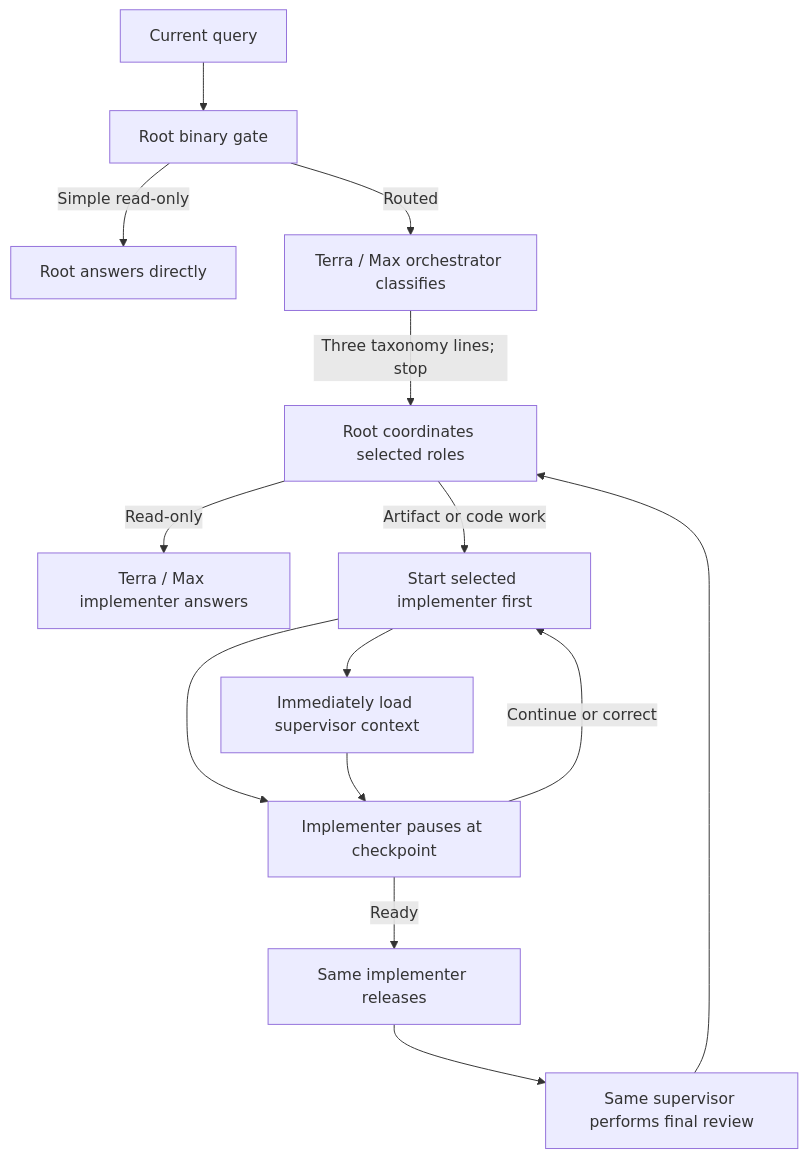
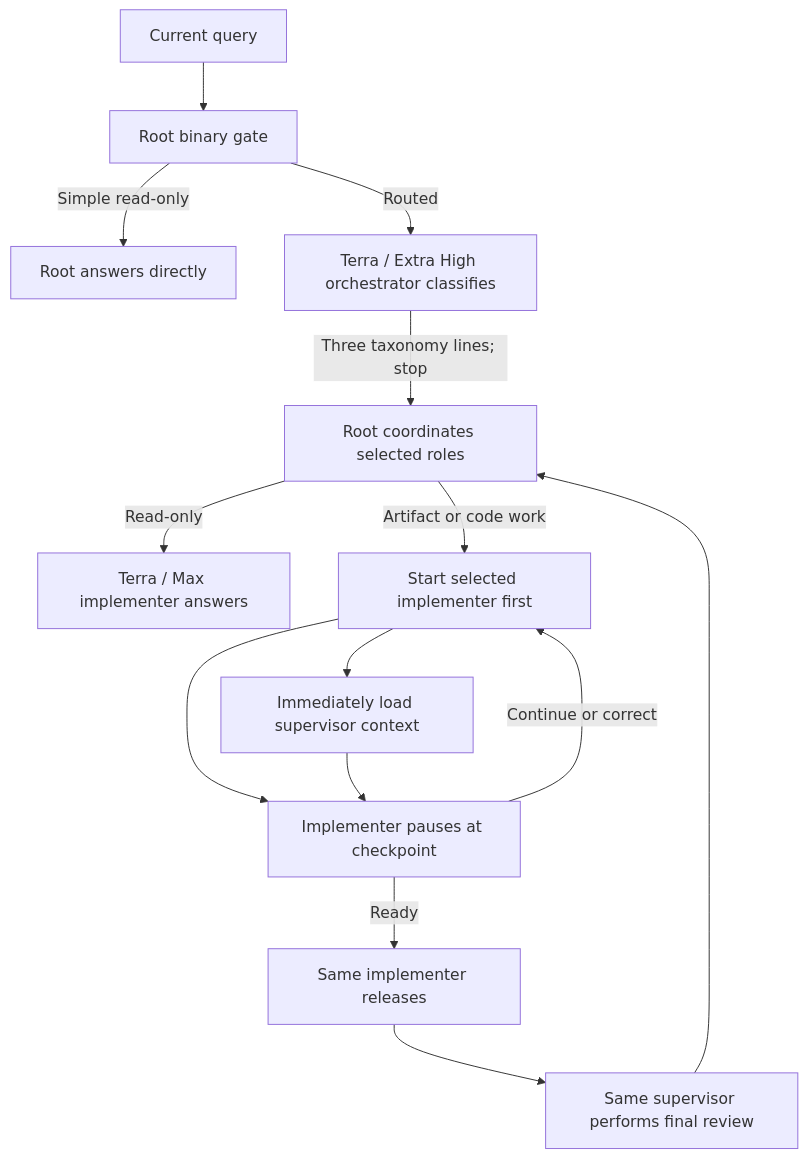
The diagram in README.md (jessejaffe/codex-orchestration), drawn with Mermaid before and after one commit. The commit also changed other lines of this file and 15 other files, not shown here.

````diff
--- a/README.md
+++ b/README.md
@@ -78,16 +83,16 @@
 ```mermaid
 flowchart TD
     U["Current query"] --> G["Root binary gate"]
     G -->|"Simple read-only"| A["Root answers directly"]
-    G -->|"Routed"| O["Terra / Max orchestrator classifies"]
+    G -->|"Routed"| O["Terra / Extra High orchestrator classifies"]
     O -->|"Three taxonomy lines; stop"| R["Root coordinates selected roles"]
     R -->|"Read-only"| RI["Terra / Max implementer answers"]
     R -->|"Artifact or code work"| I["Start selected implementer first"]
     I --> S["Immediately load supervisor context"]
     I --> C["Implementer pauses at checkpoint"]
     S --> C
     C -->|"Continue or correct"| I
     C -->|"Ready"| X["Same implementer releases"]
     X --> F["Same supervisor performs final review"]
     F --> R
 ```
````
